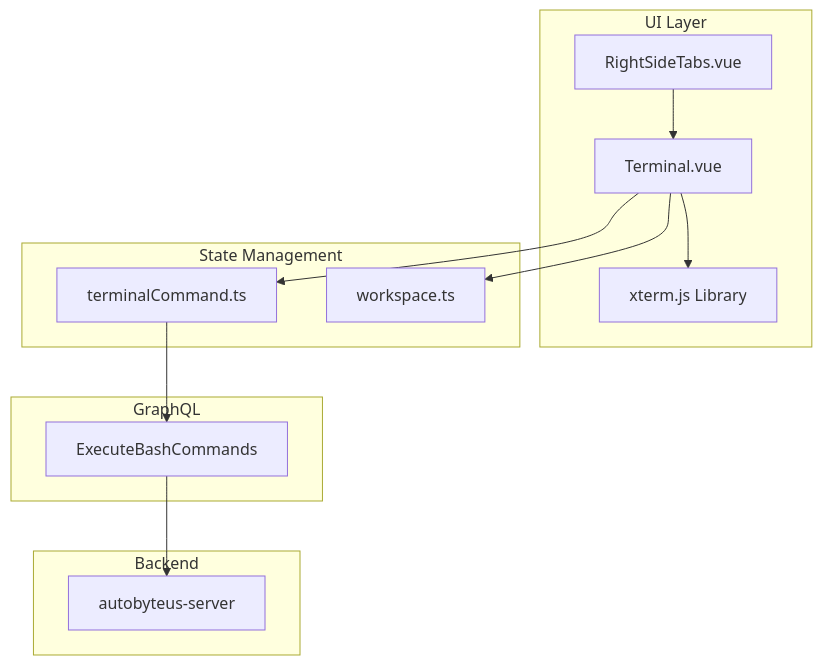
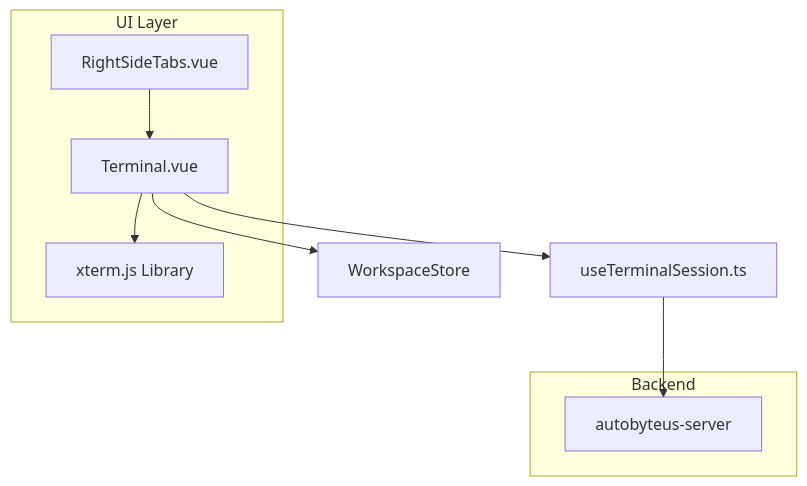
The first of 2 diagrams in docs/terminal.md (AutoByteus/autobyteus-web), drawn with Mermaid before and after one commit. The commit also changed other lines of this file and 16 other files, not shown here.

````diff
--- a/docs/terminal.md
+++ b/docs/terminal.md
@@ -33,28 +30,18 @@
 ```mermaid
 flowchart TD
     subgraph "UI Layer"
         RightSideTabs[RightSideTabs.vue]
         Terminal[Terminal.vue]
         XTerm[xterm.js Library]
     end
 
-    subgraph "State Management"
-        TerminalCommandStore[terminalCommand.ts]
-        WorkspaceStore[workspace.ts]
-    end
-
-    subgraph "GraphQL"
-        Mutation[ExecuteBashCommands]
-    end
-
     subgraph "Backend"
         Server[autobyteus-server]
     end
 
     RightSideTabs --> Terminal
     Terminal --> XTerm
-    Terminal --> TerminalCommandStore
     Terminal --> WorkspaceStore
-    TerminalCommandStore --> Mutation
-    Mutation --> Server
+    Terminal --> TerminalSession[useTerminalSession.ts]
+    TerminalSession --> Server
 ```
````
